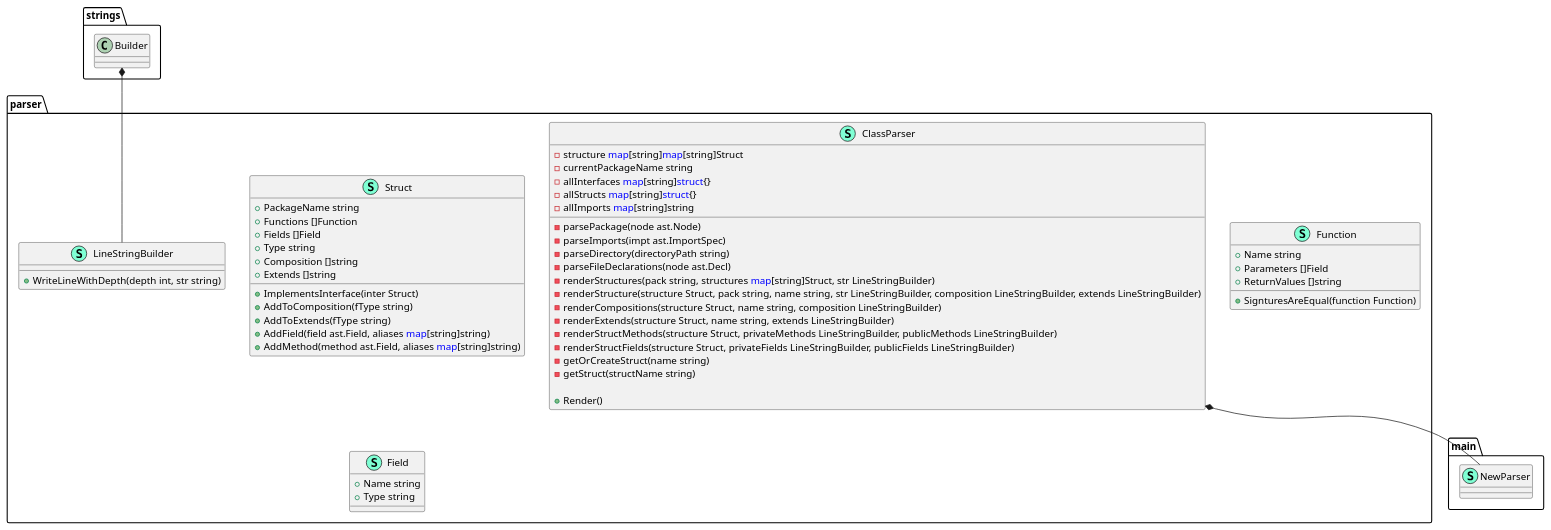
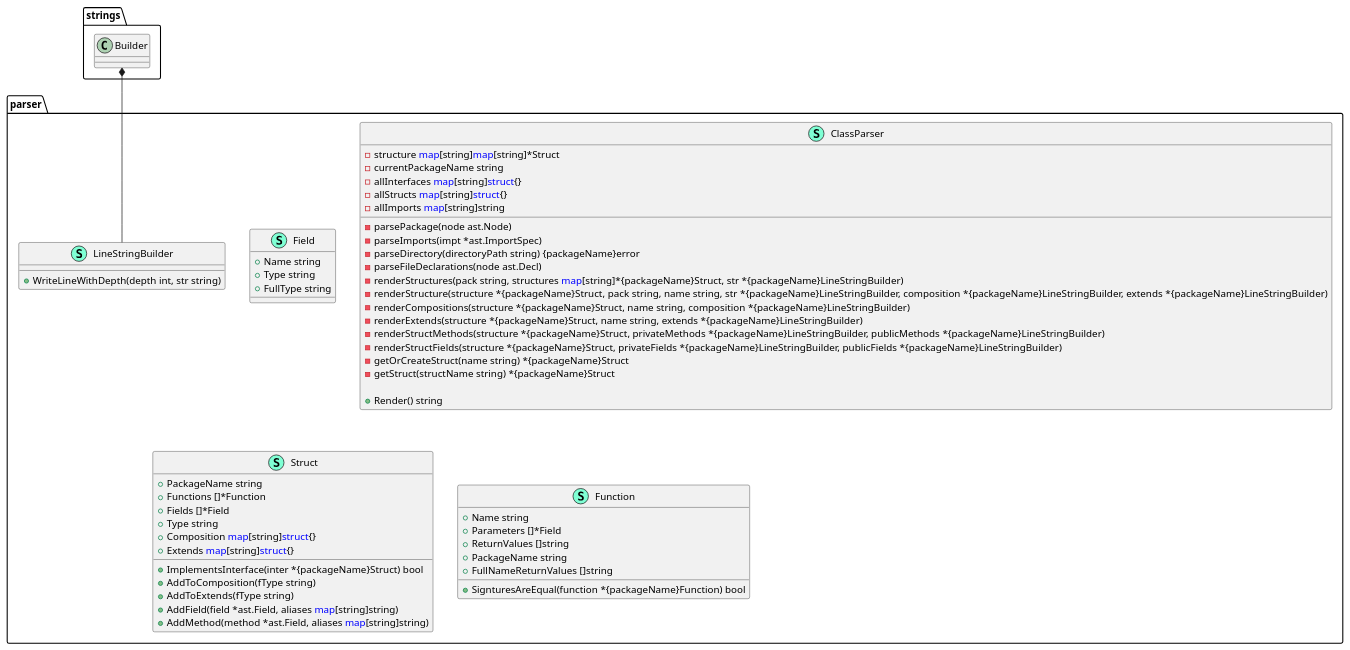
The diagram in ClassDiagram.puml (thgoexpt/PlantUML-Class-Diagram-Generator-for-golang-projects), drawn with PlantUML before and after one commit. The commit also changed 6 other files, not shown here.

```diff
--- a/ClassDiagram.puml
+++ b/ClassDiagram.puml
@@ -1,69 +1,65 @@
 @startuml
-namespace main {
-    class NewParser << (S,Aquamarine) >> {
-    }
-}
-parser.ClassParser *-- main.NewParser
-
-
 namespace parser {
-    class Struct << (S,Aquamarine) >> {
-        + PackageName string
-        + Functions []Function
-        + Fields []Field
-        + Type string
-        + Composition []string
-        + Extends []string
-
-        + ImplementsInterface(inter Struct) 
-        + AddToComposition(fType string) 
-        + AddToExtends(fType string) 
-        + AddField(field ast.Field, aliases <font color=blue>map</font>[string]string) 
-        + AddMethod(method ast.Field, aliases <font color=blue>map</font>[string]string) 
-
-    }
-    class Function << (S,Aquamarine) >> {
-        + Name string
-        + Parameters []Field
-        + ReturnValues []string
-
-        + SignturesAreEqual(function Function) 
-
-    }
     class Field << (S,Aquamarine) >> {
         + Name string
         + Type string
+        + FullType string
 
     }
     class LineStringBuilder << (S,Aquamarine) >> {
         + WriteLineWithDepth(depth int, str string) 
 
     }
     class ClassParser << (S,Aquamarine) >> {
-        - structure <font color=blue>map</font>[string]<font color=blue>map</font>[string]Struct
+        - structure <font color=blue>map</font>[string]<font color=blue>map</font>[string]*Struct
         - currentPackageName string
         - allInterfaces <font color=blue>map</font>[string]<font color=blue>struct</font>{}
         - allStructs <font color=blue>map</font>[string]<font color=blue>struct</font>{}
         - allImports <font color=blue>map</font>[string]string
 
         - parsePackage(node ast.Node) 
-        - parseImports(impt ast.ImportSpec) 
-        - parseDirectory(directoryPath string) 
+        - parseImports(impt *ast.ImportSpec) 
+        - parseDirectory(directoryPath string) {packageName}error
         - parseFileDeclarations(node ast.Decl) 
-        - renderStructures(pack string, structures <font color=blue>map</font>[string]Struct, str LineStringBuilder) 
-        - renderStructure(structure Struct, pack string, name string, str LineStringBuilder, composition LineStringBuilder, extends LineStringBuilder) 
-        - renderCompositions(structure Struct, name string, composition LineStringBuilder) 
-        - renderExtends(structure Struct, name string, extends LineStringBuilder) 
-        - renderStructMethods(structure Struct, privateMethods LineStringBuilder, publicMethods LineStringBuilder) 
-        - renderStructFields(structure Struct, privateFields LineStringBuilder, publicFields LineStringBuilder) 
-        - getOrCreateStruct(name string) 
-        - getStruct(structName string) 
+        - renderStructures(pack string, structures <font color=blue>map</font>[string]*{packageName}Struct, str *{packageName}LineStringBuilder) 
+        - renderStructure(structure *{packageName}Struct, pack string, name string, str *{packageName}LineStringBuilder, composition *{packageName}LineStringBuilder, extends *{packageName}LineStringBuilder) 
+        - renderCompositions(structure *{packageName}Struct, name string, composition *{packageName}LineStringBuilder) 
+        - renderExtends(structure *{packageName}Struct, name string, extends *{packageName}LineStringBuilder) 
+        - renderStructMethods(structure *{packageName}Struct, privateMethods *{packageName}LineStringBuilder, publicMethods *{packageName}LineStringBuilder) 
+        - renderStructFields(structure *{packageName}Struct, privateFields *{packageName}LineStringBuilder, publicFields *{packageName}LineStringBuilder) 
+        - getOrCreateStruct(name string) *{packageName}Struct
+        - getStruct(structName string) *{packageName}Struct
 
-        + Render() 
+        + Render() string
+
+    }
+    class Struct << (S,Aquamarine) >> {
+        + PackageName string
+        + Functions []*Function
+        + Fields []*Field
+        + Type string
+        + Composition <font color=blue>map</font>[string]<font color=blue>struct</font>{}
+        + Extends <font color=blue>map</font>[string]<font color=blue>struct</font>{}
+
+        + ImplementsInterface(inter *{packageName}Struct) bool
+        + AddToComposition(fType string) 
+        + AddToExtends(fType string) 
+        + AddField(field *ast.Field, aliases <font color=blue>map</font>[string]string) 
+        + AddMethod(method *ast.Field, aliases <font color=blue>map</font>[string]string) 
+
+    }
+    class Function << (S,Aquamarine) >> {
+        + Name string
+        + Parameters []*Field
+        + ReturnValues []string
+        + PackageName string
+        + FullNameReturnValues []string
+
+        + SignturesAreEqual(function *{packageName}Function) bool
 
     }
 }
 strings.Builder *-- parser.LineStringBuilder
 
 
 @enduml
```
